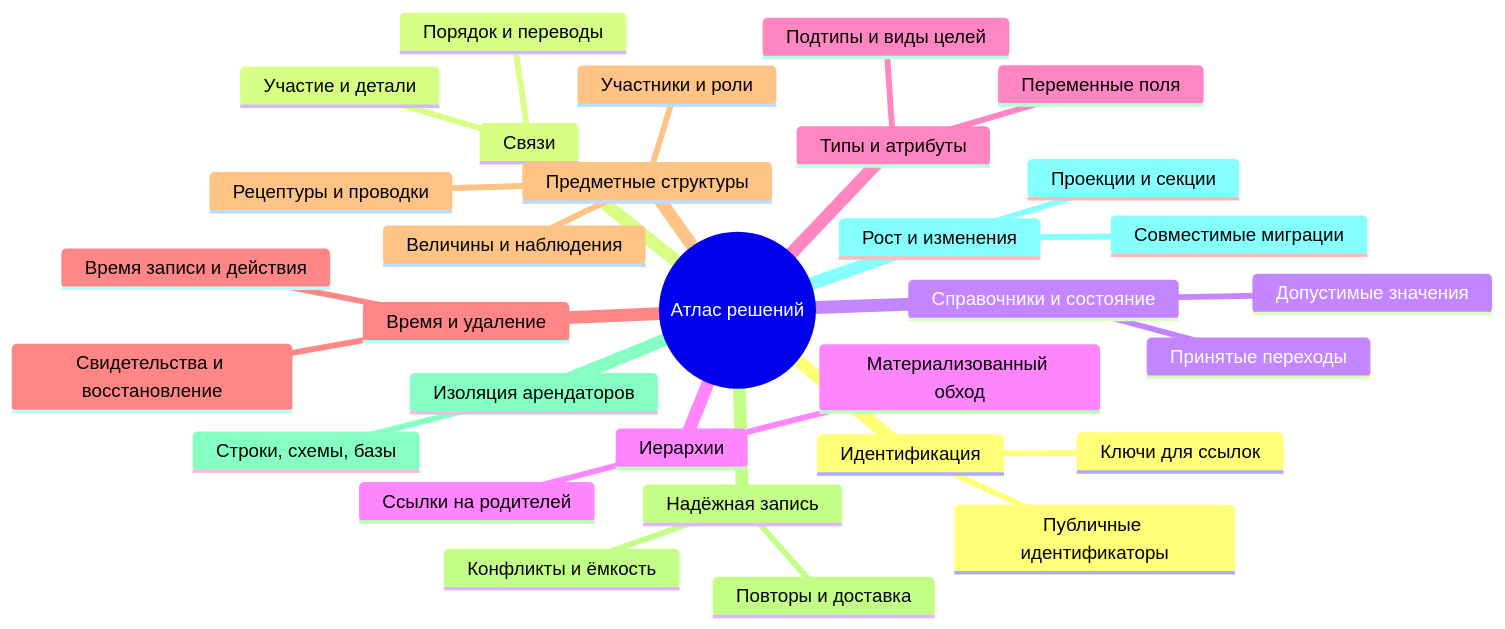
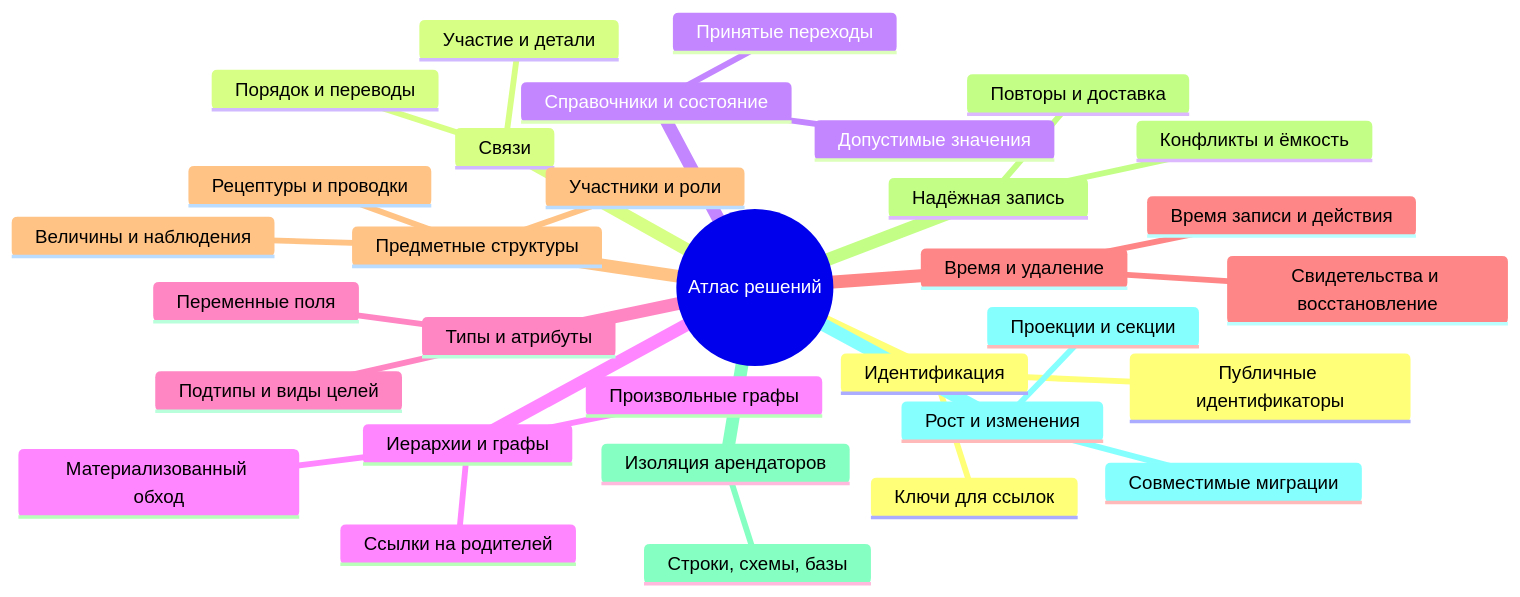
The first of 17 diagrams in book/ru/decision-atlas.md (mokevnin/database-design-patterns), drawn with Mermaid before and after one commit. The commit also changed other lines of this file and 15 other files, not shown here.

First line of the commit message:
docs: add the Graph Edges chapter (#21)

````diff
--- a/book/ru/decision-atlas.md
+++ b/book/ru/decision-atlas.md
@@ -14,37 +14,38 @@
 ```mermaid
 ---
 title: Начните с требования, которого не хватает вашей модели
 ---
 mindmap
   root((Атлас решений))
     Идентификация
       Ключи для ссылок
       Публичные идентификаторы
     Связи
       Участие и детали
       Порядок и переводы
     Справочники и состояние
       Допустимые значения
       Принятые переходы
-    Иерархии
+    Иерархии и графы
       Ссылки на родителей
       Материализованный обход
+      Произвольные графы
     Типы и атрибуты
       Подтипы и виды целей
       Переменные поля
     Время и удаление
       Время записи и действия
       Свидетельства и восстановление
     Предметные структуры
       Участники и роли
       Величины и наблюдения
       Рецептуры и проводки
     Надёжная запись
       Конфликты и ёмкость
       Повторы и доставка
     Изоляция арендаторов
       Строки, схемы, базы
     Рост и изменения
       Проекции и секции
       Совместимые миграции
 ```
````
